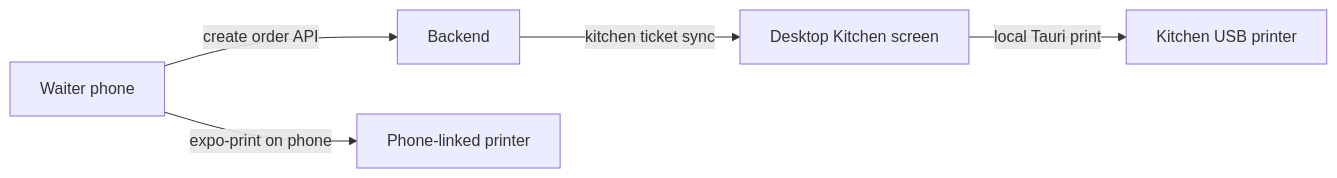
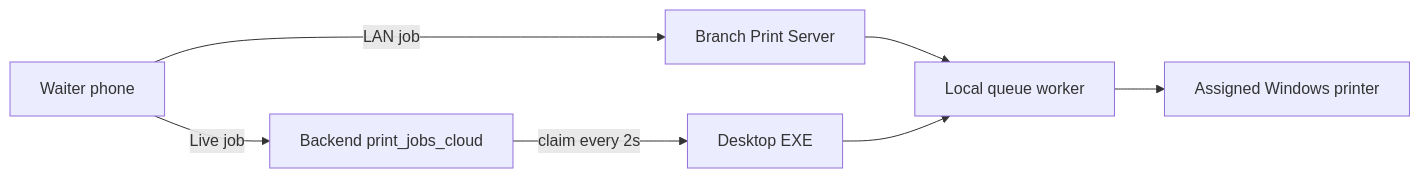
The third of 3 diagrams in docs/printer-workflow.md (basir2353/Desktop-application-Multiple-System), drawn with Mermaid before and after one commit. The commit also changed other lines of this file and 20 other files, not shown here.

````diff
--- a/docs/printer-workflow.md
+++ b/docs/printer-workflow.md
@@ -231,7 +242,9 @@
 ```mermaid
 flowchart LR
-  Phone[Waiter phone] -->|create order API| API[Backend]
-  API -->|kitchen ticket sync| DesktopKitchen[Desktop Kitchen screen]
-  Phone -->|expo-print on phone| PhonePrinter[Phone-linked printer]
-  DesktopKitchen -->|local Tauri print| KitchenUSB[Kitchen USB printer]
+  Phone[Waiter phone] -->|Live job| API[Backend print_jobs_cloud]
+  Phone -->|LAN job| BPS[Branch Print Server]
+  API -->|claim every 2s| EXE[Desktop EXE]
+  BPS --> Worker[Local queue worker]
+  EXE --> Worker
+  Worker --> USB[Assigned Windows printer]
 ```
````
